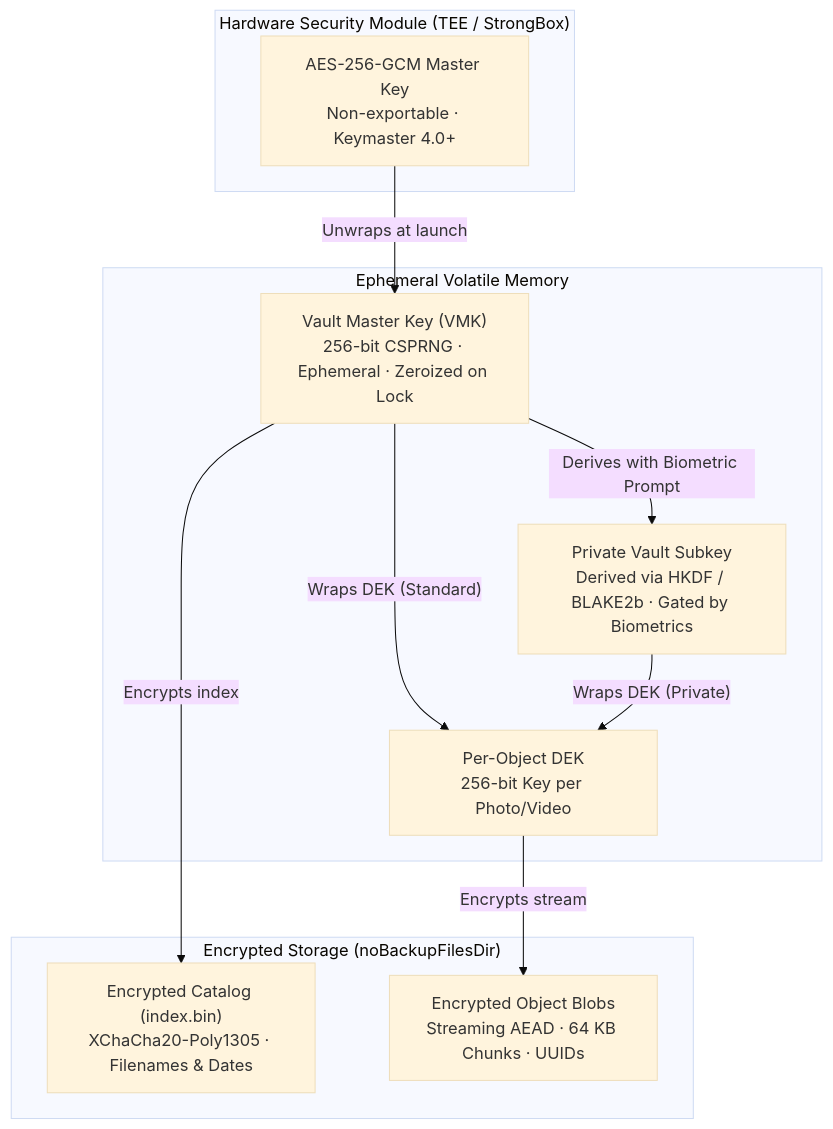
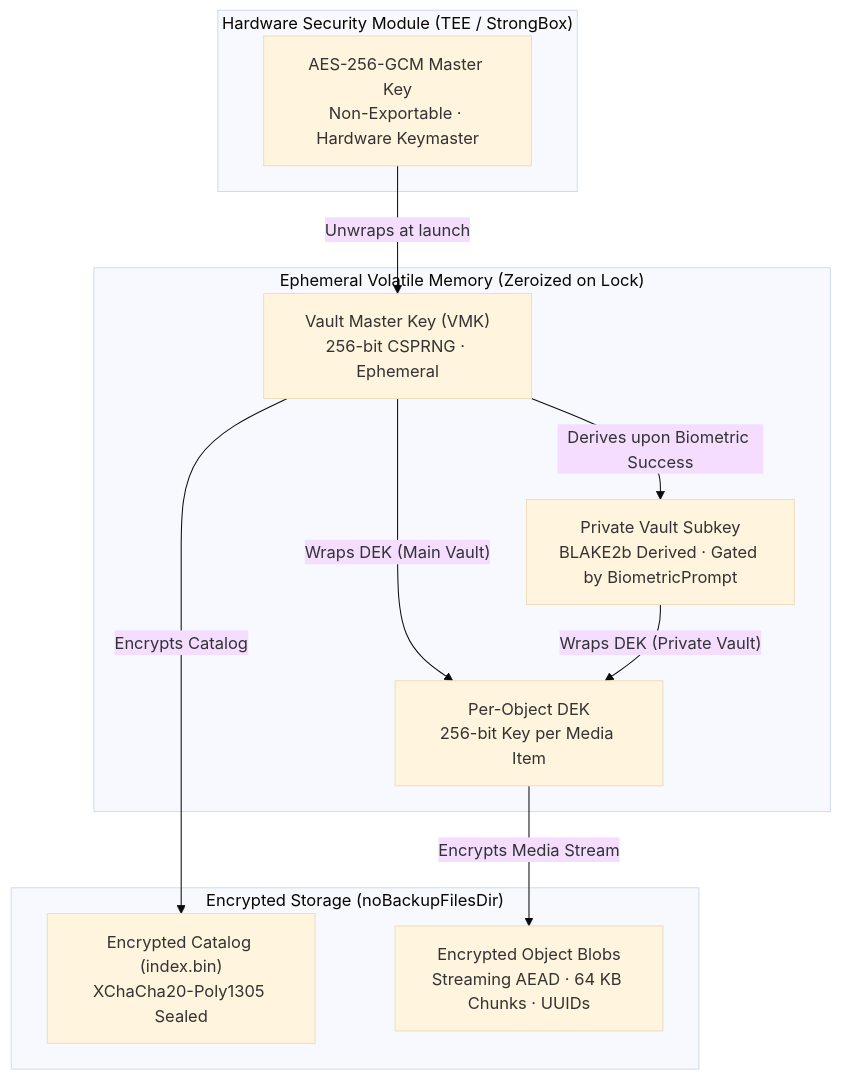
The second of 2 diagrams in README.md (MZarc/Zarc), drawn with Mermaid (base theme) before and after one commit. The commit also changed other lines of this file and 7 other files, not shown here.

Commit message:
feat: complete UI enhancements, disguised archive flow, pinch zoom & release documentation

````diff
--- a/README.md
+++ b/README.md
@@ -151,24 +99,24 @@
 ```mermaid
 flowchart TD
-    subgraph Hardware Keystore ["Hardware Security Module (TEE / StrongBox)"]
-        KEK["AES-256-GCM Master Key<br/>Non-exportable · Keymaster 4.0+"]
+    subgraph Keystore ["Hardware Security Module (TEE / StrongBox)"]
+        KEK["AES-256-GCM Master Key<br/>Non-Exportable · Hardware Keymaster"]
     end
 
-    subgraph Memory ["Ephemeral Volatile Memory"]
-        VMK["Vault Master Key (VMK)<br/>256-bit CSPRNG · Ephemeral · Zeroized on Lock"]
-        PVK["Private Vault Subkey<br/>Derived via HKDF / BLAKE2b · Gated by Biometrics"]
-        DEK["Per-Object DEK<br/>256-bit Key per Photo/Video"]
+    subgraph Memory ["Ephemeral Volatile Memory (Zeroized on Lock)"]
+        VMK["Vault Master Key (VMK)<br/>256-bit CSPRNG · Ephemeral"]
+        PVK["Private Vault Subkey<br/>BLAKE2b Derived · Gated by BiometricPrompt"]
+        DEK["Per-Object DEK<br/>256-bit Key per Media Item"]
     end
 
-    subgraph Storage ["Encrypted Storage (noBackupFilesDir)"]
-        INDEX["Encrypted Catalog (index.bin)<br/>XChaCha20-Poly1305 · Filenames & Dates"]
+    subgraph FlashStorage ["Encrypted Storage (noBackupFilesDir)"]
+        INDEX["Encrypted Catalog (index.bin)<br/>XChaCha20-Poly1305 Sealed"]
         BLOB["Encrypted Object Blobs<br/>Streaming AEAD · 64 KB Chunks · UUIDs"]
     end
 
     KEK -->|"Unwraps at launch"| VMK
-    VMK -->|"Derives with Biometric Prompt"| PVK
-    VMK -->|"Encrypts index"| INDEX
-    VMK -->|"Wraps DEK (Standard)"| DEK
-    PVK -->|"Wraps DEK (Private)"| DEK
-    DEK -->|"Encrypts stream"| BLOB
+    VMK -->|"Derives upon Biometric Success"| PVK
+    VMK -->|"Encrypts Catalog"| INDEX
+    VMK -->|"Wraps DEK (Main Vault)"| DEK
+    PVK -->|"Wraps DEK (Private Vault)"| DEK
+    DEK -->|"Encrypts Media Stream"| BLOB
 ```
````
